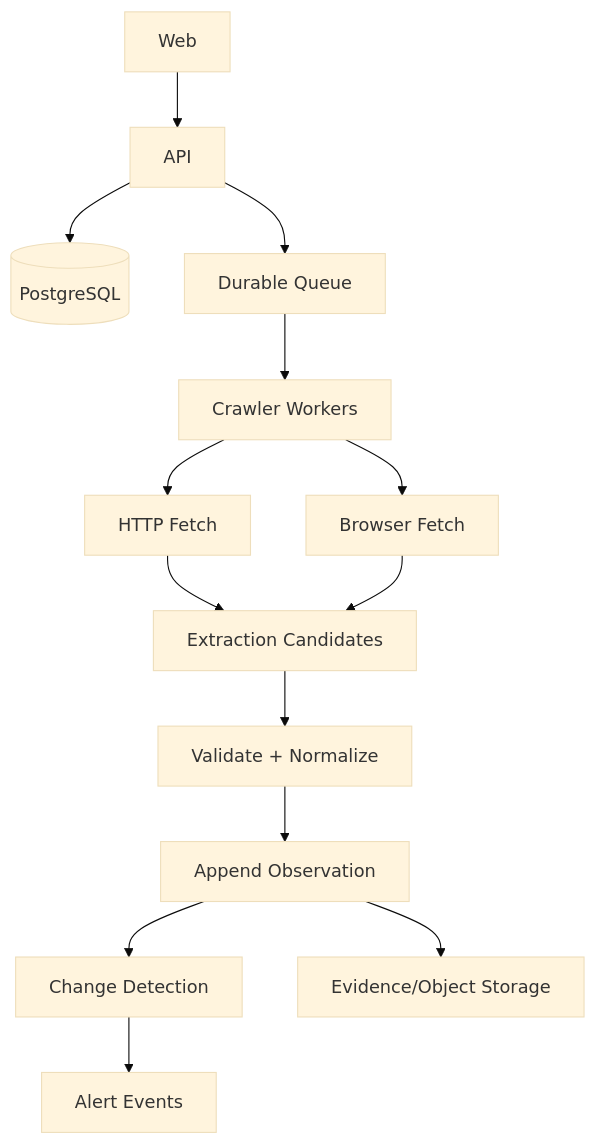
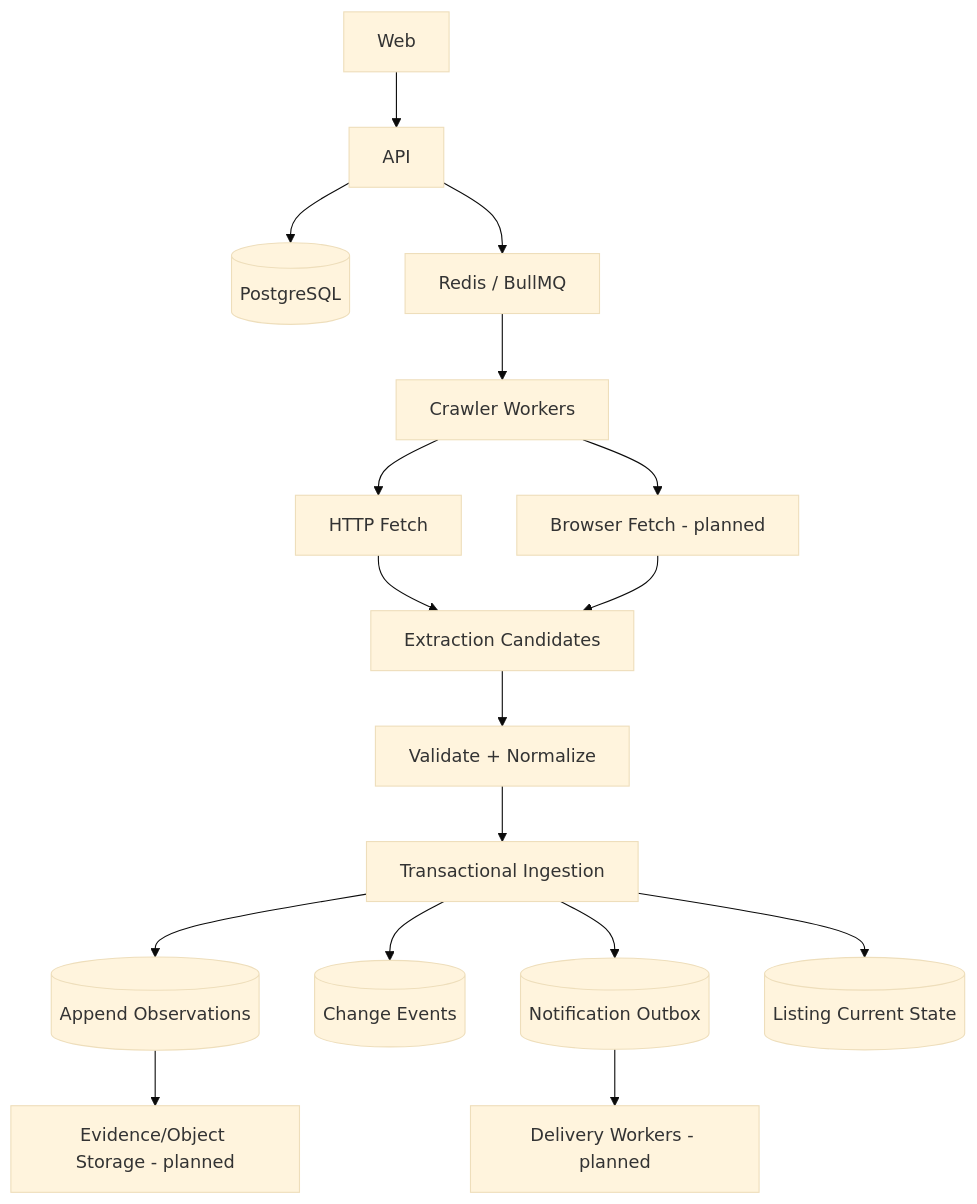
One commit to Iamanshuaditya/priceintel changed the diagram in docs/ARCHITECTURE.md. Above: the diagram before and after it, drawn with Mermaid (base theme). The commit also changed other lines of this file and 5 other files, not shown here.

````diff
--- a/docs/ARCHITECTURE.md
+++ b/docs/ARCHITECTURE.md
@@ -5,16 +5,19 @@
 ```mermaid
 flowchart TD
   W[Web] --> A[API]
   A --> P[(PostgreSQL)]
-  A --> Q[Durable Queue]
+  A --> Q[Redis / BullMQ]
   Q --> K[Crawler Workers]
   K --> H[HTTP Fetch]
-  K --> B[Browser Fetch]
+  K --> B[Browser Fetch - planned]
   H --> E[Extraction Candidates]
   B --> E
   E --> V[Validate + Normalize]
-  V --> O[Append Observation]
-  O --> C[Change Detection]
-  C --> N[Alert Events]
-  O --> S[Evidence/Object Storage]
+  V --> T[Transactional Ingestion]
+  T --> O[(Append Observations)]
+  T --> C[(Change Events)]
+  T --> X[(Notification Outbox)]
+  T --> L[(Listing Current State)]
+  X --> N[Delivery Workers - planned]
+  O --> S[Evidence/Object Storage - planned]
 ```
````
